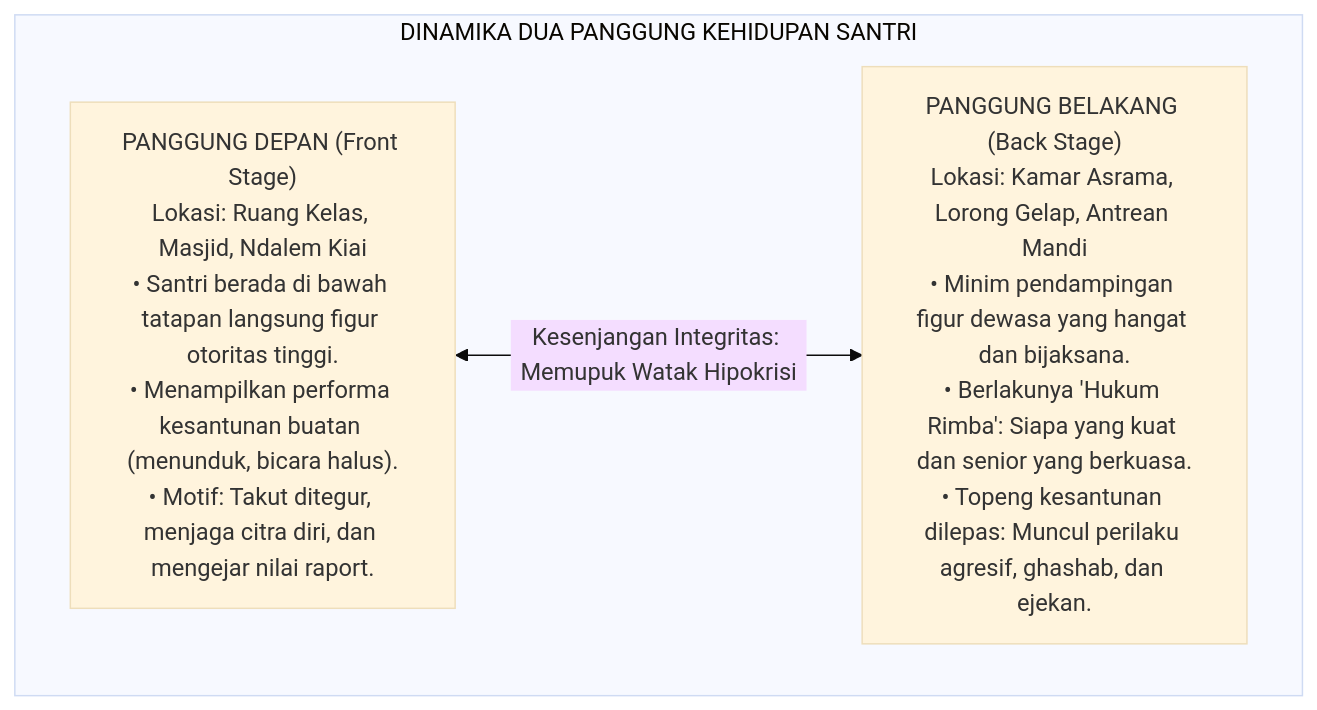
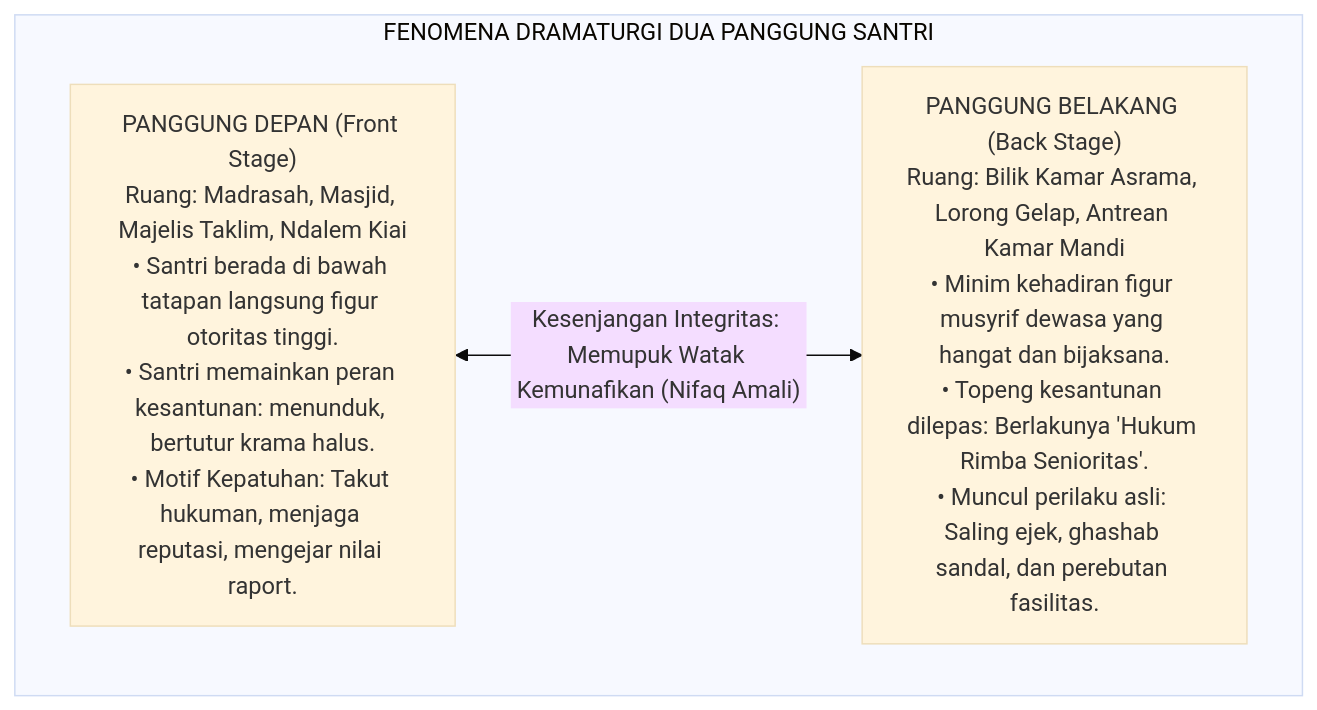
The fourth of 7 diagrams in BOOK-SERIES/Volume-01/Bab-01-Krisis-Karakter-dan-Urgensi-Rekonstruksi/01-Anomali-Pendidikan-Karakter-Tradisional.md (wandiapriliyandi/tumbuh), drawn with Mermaid (base theme) before and after one commit. The commit also changed other lines of this file, not shown here.

Commit message:
docs(sub-bab-1.1): perluas naskah menjadi bab panduan induk komprehensif, kaya materi, diagram berlabel, dan 10 rujukan primer

````diff
--- a/BOOK-SERIES/Volume-01/Bab-01-Krisis-Karakter-dan-Urgensi-Rekonstruksi/01-Anomali-Pendidikan-Karakter-Tradisional.md
+++ b/BOOK-SERIES/Volume-01/Bab-01-Krisis-Karakter-dan-Urgensi-Rekonstruksi/01-Anomali-Pendidikan-Karakter-Tradisional.md
@@ -110,10 +133,10 @@
 ```mermaid
 graph TD
-    subgraph DinamikaDuaPanggung["DINAMIKA DUA PANGGUNG KEHIDUPAN SANTRI"]
-        PanggungDepan["PANGGUNG DEPAN (Front Stage)<br/>Lokasi: Ruang Kelas, Masjid, Ndalem Kiai<br/>• Santri berada di bawah tatapan langsung figur otoritas tinggi.<br/>• Menampilkan performa kesantunan buatan (menunduk, bicara halus).<br/>• Motif: Takut ditegur, menjaga citra diri, dan mengejar nilai raport."]
+    subgraph DramaturgiPesantren["FENOMENA DRAMATURGI DUA PANGGUNG SANTRI"]
+        FrontStage["PANGGUNG DEPAN (Front Stage)<br/>Ruang: Madrasah, Masjid, Majelis Taklim, Ndalem Kiai<br/>• Santri berada di bawah tatapan langsung figur otoritas tinggi.<br/>• Santri memainkan peran kesantunan: menunduk, bertutur krama halus.<br/>• Motif Kepatuhan: Takut hukuman, menjaga reputasi, mengejar nilai raport."]
         
-        PanggungBelakang["PANGGUNG BELAKANG (Back Stage)<br/>Lokasi: Kamar Asrama, Lorong Gelap, Antrean Mandi<br/>• Minim pendampingan figur dewasa yang hangat dan bijaksana.<br/>• Berlakunya 'Hukum Rimba': Siapa yang kuat dan senior yang berkuasa.<br/>• Topeng kesantunan dilepas: Muncul perilaku agresif, ghashab, dan ejekan."]
+        BackStage["PANGGUNG BELAKANG (Back Stage)<br/>Ruang: Bilik Kamar Asrama, Lorong Gelap, Antrean Kamar Mandi<br/>• Minim kehadiran figur musyrif dewasa yang hangat dan bijaksana.<br/>• Topeng kesantunan dilepas: Berlakunya 'Hukum Rimba Senioritas'.<br/>• Muncul perilaku asli: Saling ejek, ghashab sandal, dan perebutan fasilitas."]
         
-        PanggungDepan <-->|"Kesenjangan Integritas: Memupuk Watak Hipokrisi"| PanggungBelakang
+        FrontStage <-->|"Kesenjangan Integritas: Memupuk Watak Kemunafikan (Nifaq Amali)"| BackStage
     end
 ```
````
